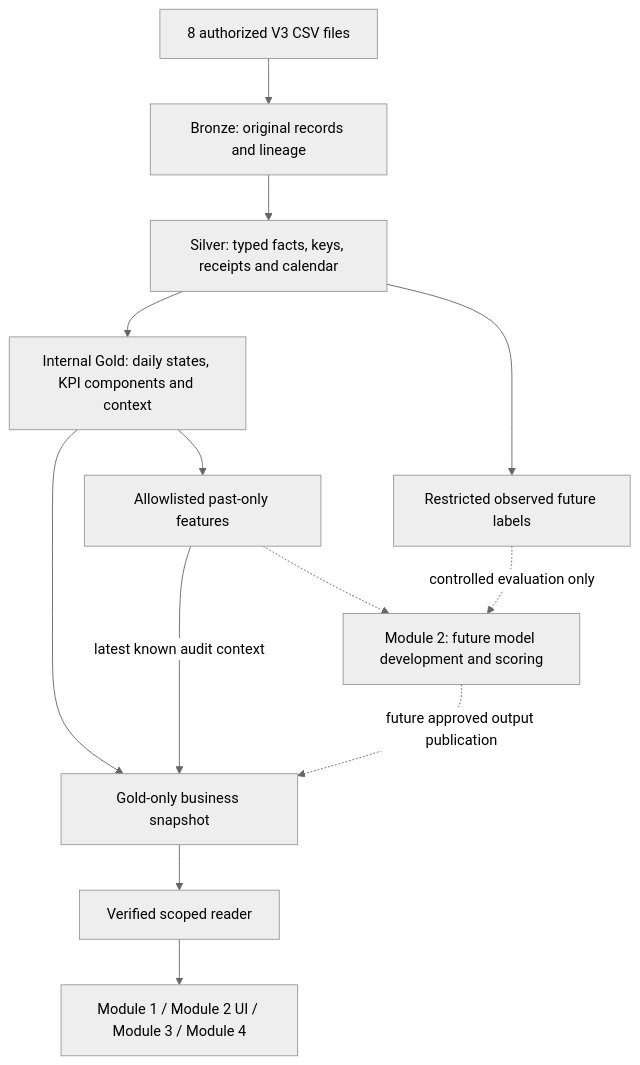
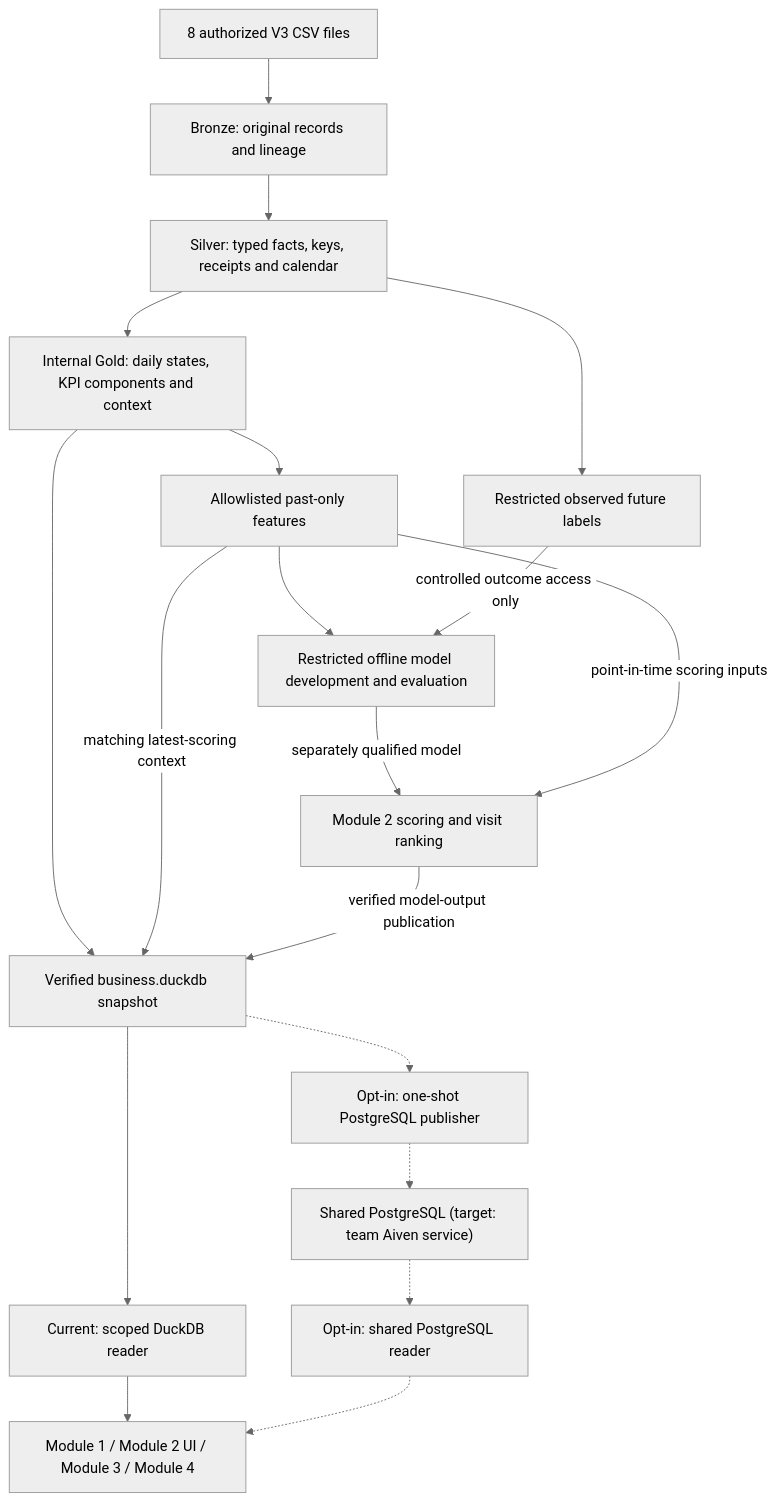
One commit to Zeye430/marvel-cpg-ai-platform changed the diagram in docs/data/README.md. Above: the diagram before and after it, drawn with Mermaid (neutral theme). The commit also changed other lines of this file and 8 other files, not shown here.

Commit message:
docs(data): document shared PostgreSQL setup and module integration

````diff
--- a/docs/data/README.md
+++ b/docs/data/README.md
@@ -17,15 +26,21 @@
 ```mermaid
 flowchart TD
     CSV["8 authorized V3 CSV files"] --> Bronze["Bronze: original records and lineage"]
     Bronze --> Silver["Silver: typed facts, keys, receipts and calendar"]
     Silver --> Gold["Internal Gold: daily states, KPI components and context"]
     Gold --> Features["Allowlisted past-only features"]
     Silver --> Labels["Restricted observed future labels"]
-    Gold --> Serving["Gold-only business snapshot"]
-    Features -->|latest known audit context| Serving
-    Serving --> Reader["Verified scoped reader"]
+    Gold --> Serving["Verified business.duckdb snapshot"]
+    Features -->|matching latest-scoring context| Serving
+    Serving --> Reader["Current: scoped DuckDB reader"]
     Reader --> Apps["Module 1 / Module 2 UI / Module 3 / Module 4"]
-    Features -.-> ML["Module 2: future model development and scoring"]
-    Labels -.->|controlled evaluation only| ML
-    ML -.->|future approved output publication| Serving
+    Features --> ML["Restricted offline model development and evaluation"]
+    Labels -->|controlled outcome access only| ML
+    ML -->|separately qualified model| Score["Module 2 scoring and visit ranking"]
+    Features -->|point-in-time scoring inputs| Score
+    Score -->|verified model-output publication| Serving
+    Serving -.-> Publisher["Opt-in: one-shot PostgreSQL publisher"]
+    Publisher -.-> PG["Shared PostgreSQL (target: team Aiven service)"]
+    PG -.-> PGReader["Opt-in: shared PostgreSQL reader"]
+    PGReader -.-> Apps
 ```
````
